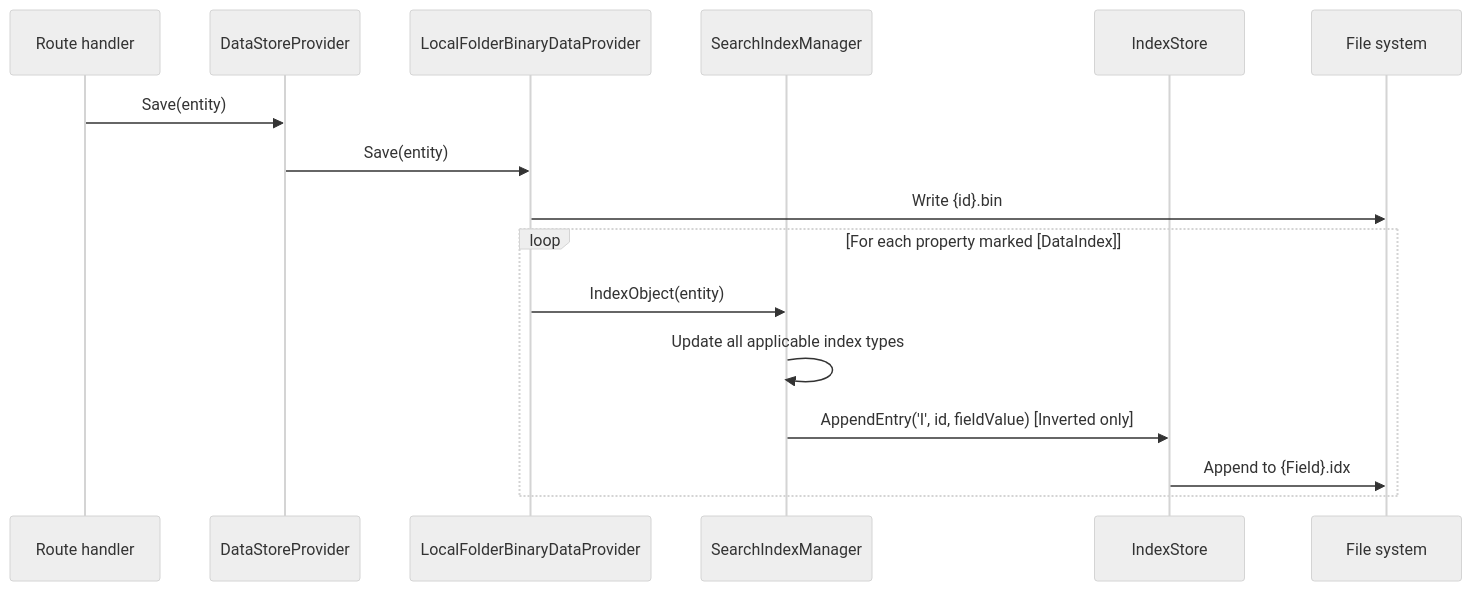
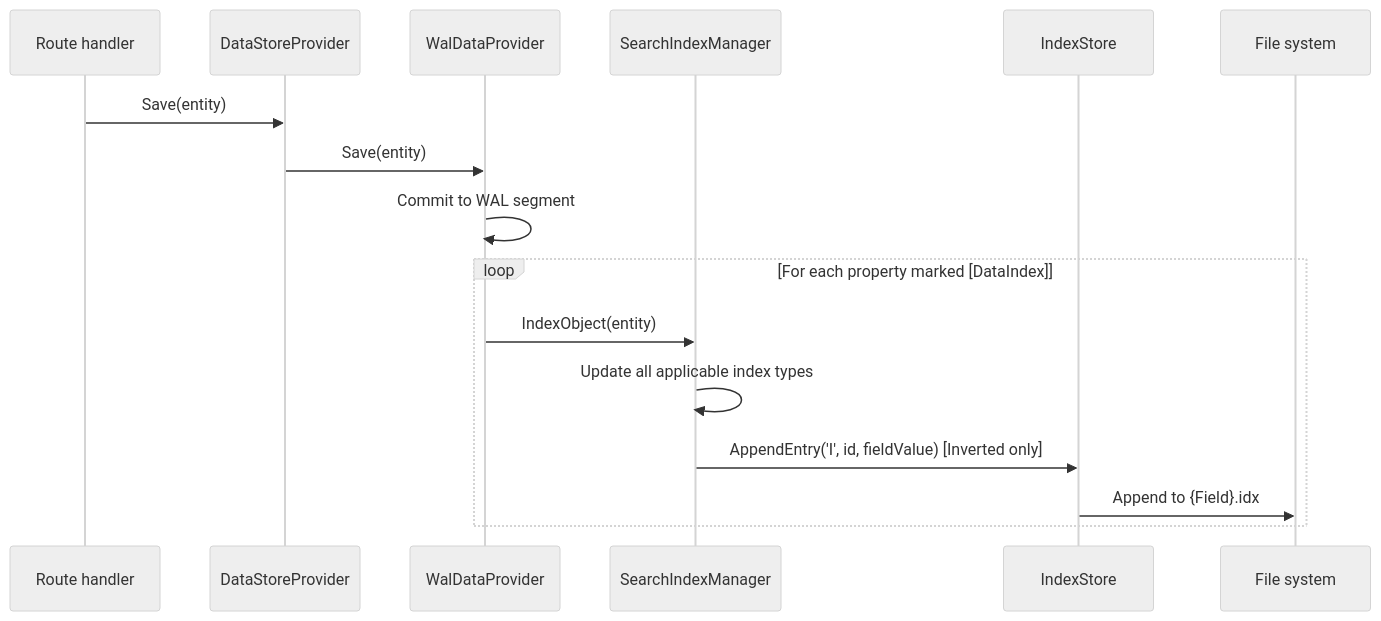
The second of 5 diagrams in docs/architecture/indexing.md (WillEastbury/BareMetalWeb), drawn with Mermaid (neutral theme) before and after one commit. The commit also changed other lines of this file and 3 other files, not shown here.

````diff
--- a/docs/architecture/indexing.md
+++ b/docs/architecture/indexing.md
@@ -63,19 +63,19 @@
 ```mermaid
 sequenceDiagram
     participant RH as Route handler
     participant DS as DataStoreProvider
-    participant LFB as LocalFolderBinaryDataProvider
+    participant WAL as WalDataProvider
     participant SIM as SearchIndexManager
     participant IS as IndexStore
     participant FS as File system
 
     RH->>DS: Save(entity)
-    DS->>LFB: Save(entity)
-    LFB->>FS: Write {id}.bin
+    DS->>WAL: Save(entity)
+    WAL->>WAL: Commit to WAL segment
     loop For each property marked [DataIndex]
-        LFB->>SIM: IndexObject(entity)
+        WAL->>SIM: IndexObject(entity)
         SIM->>SIM: Update all applicable index types
         SIM->>IS: AppendEntry('I', id, fieldValue)  [Inverted only]
         IS->>FS: Append to {Field}.idx
     end
 ```
````
